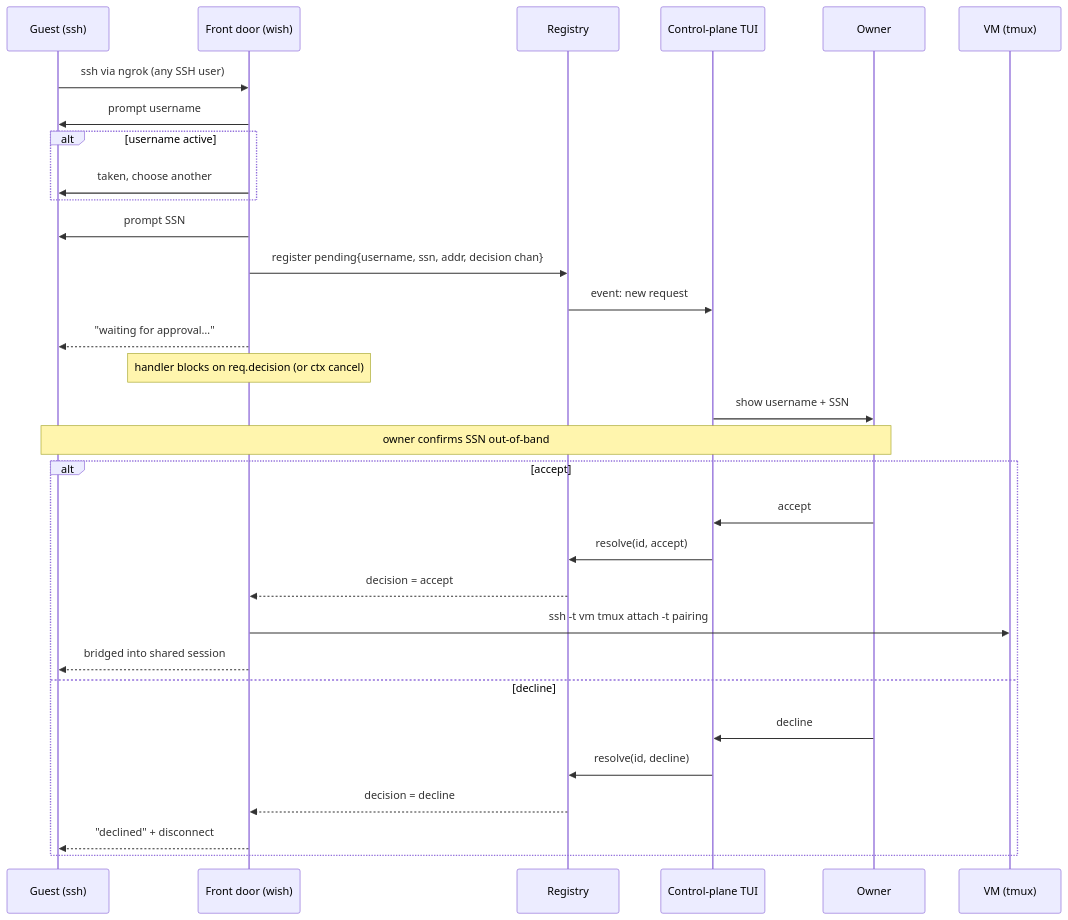
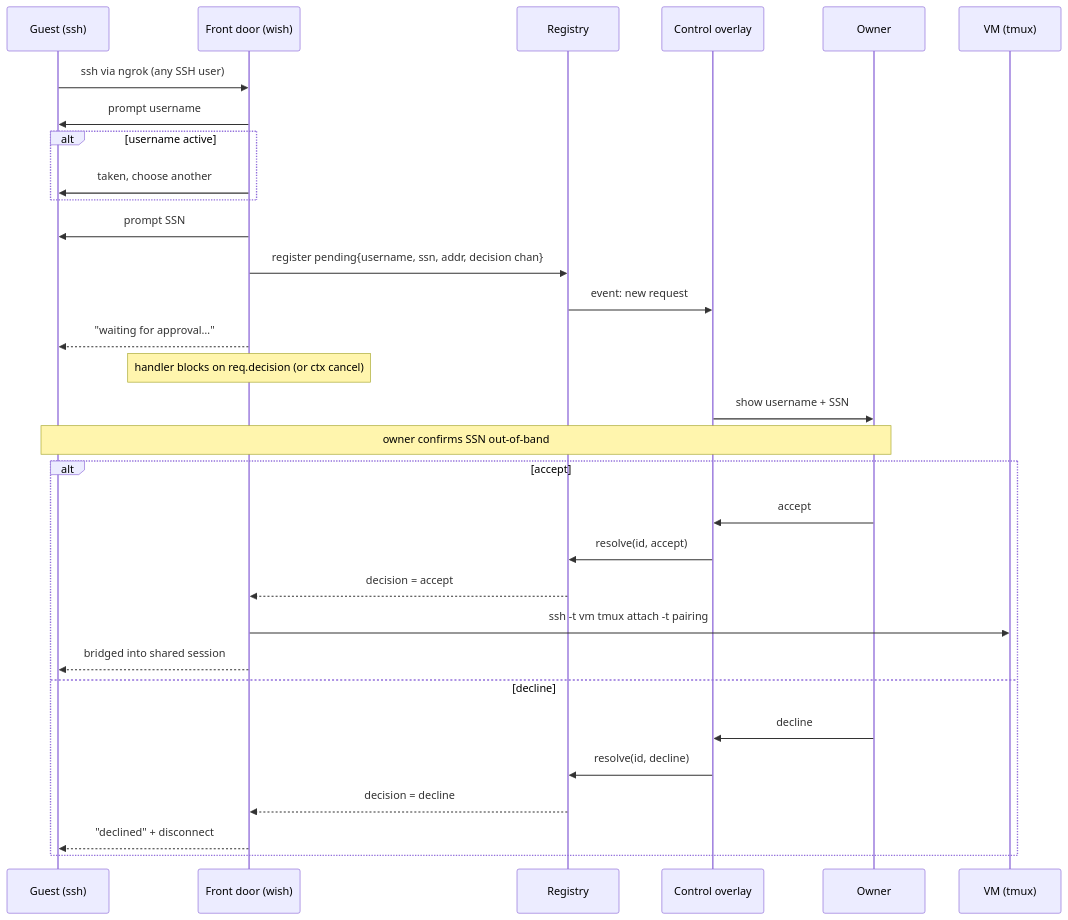
One commit to miccah/social-security changed the second of 4 diagrams in docs/DESIGN.md. Above: the diagram before and after it, drawn with Mermaid. The commit also changed other lines of this file, not shown here.

````diff
--- a/docs/DESIGN.md
+++ b/docs/DESIGN.md
@@ -106,34 +128,34 @@
 ```mermaid
 sequenceDiagram
     participant G as Guest (ssh)
     participant F as Front door (wish)
     participant R as Registry
-    participant T as Control-plane TUI
+    participant T as Control overlay
     participant O as Owner
     participant V as VM (tmux)
 
     G->>F: ssh via ngrok (any SSH user)
     F->>G: prompt username
     alt username active
         F->>G: taken, choose another
     end
     F->>G: prompt SSN
     F->>R: register pending{username, ssn, addr, decision chan}
     R->>T: event: new request
     F-->>G: "waiting for approval…"
     Note over F: handler blocks on req.decision (or ctx cancel)
     T->>O: show username + SSN
     Note over O,G: owner confirms SSN out-of-band
     alt accept
         O->>T: accept
         T->>R: resolve(id, accept)
         R-->>F: decision = accept
         F->>V: ssh -t vm tmux attach -t pairing
         F-->>G: bridged into shared session
     else decline
         O->>T: decline
         T->>R: resolve(id, decline)
         R-->>F: decision = decline
         F-->>G: "declined" + disconnect
     end
 ```
````
